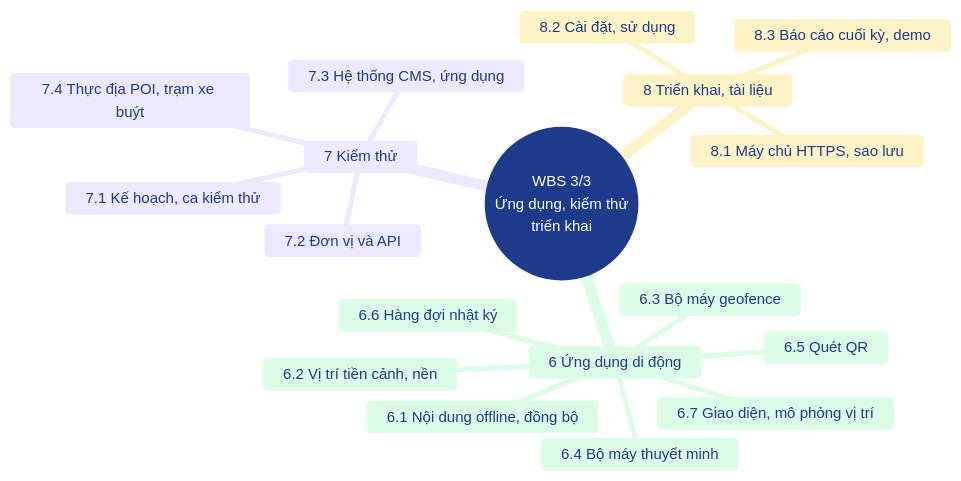
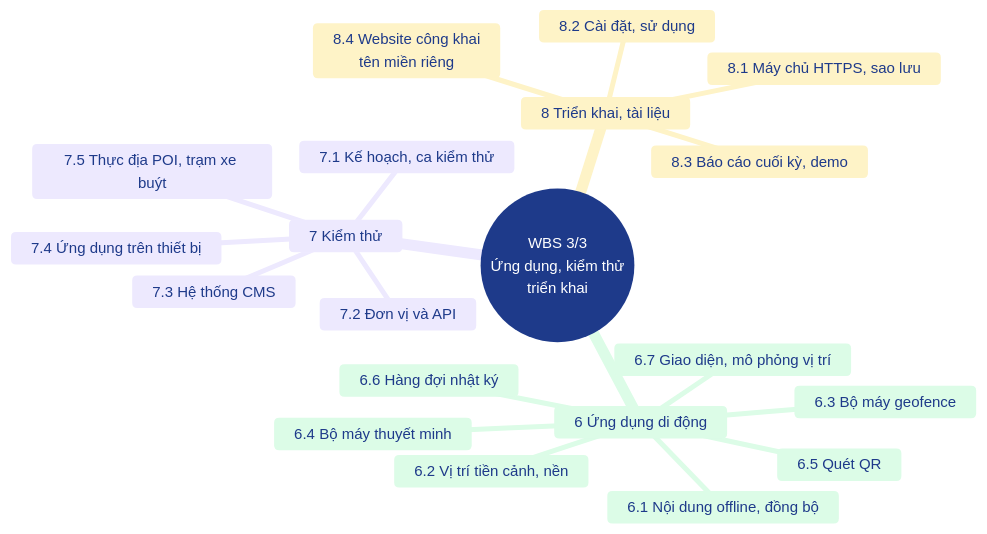
One commit to AiraLeFatale/CongNghePhanMem_Project changed the fifth of 9 diagrams in docs/06-project-management.md. Above: the diagram before and after it, drawn with Mermaid. The commit also changed other lines of this file and 3 other files, not shown here.

````diff
--- a/docs/06-project-management.md
+++ b/docs/06-project-management.md
@@ -108,22 +110,24 @@
 ```mermaid
 %%{init: {"theme":"base","fontFamily":"Helvetica Neue, Arial, sans-serif","themeVariables":{"fontFamily":"Helvetica Neue, Arial, sans-serif","fontSize":"15px","primaryColor":"#EFF6FF","primaryBorderColor":"#3B82F6","primaryTextColor":"#0F172A","lineColor":"#64748B","secondaryColor":"#F0FDF4","tertiaryColor":"#FFFFFF","clusterBkg":"#F8FAFC","clusterBorder":"#CBD5E1","edgeLabelBackground":"#FFFFFF","noteBkgColor":"#FEF9C3","noteBorderColor":"#EAB308","actorBkg":"#DBEAFE","actorBorder":"#2563EB","actorTextColor":"#1E3A8A","signalColor":"#475569","signalTextColor":"#0F172A","labelBoxBkgColor":"#F1F5F9","labelBoxBorderColor":"#94A3B8","activationBkgColor":"#E0F2FE","activationBorderColor":"#0284C7","sequenceNumberColor":"#FFFFFF","pie1":"#16A34A","pie2":"#F59E0B","pie3":"#94A3B8","pie4":"#DC2626","pie5":"#2563EB","pie6":"#7C3AED","pieStrokeColor":"#FFFFFF","pieSectionTextColor":"#FFFFFF","quadrant1Fill":"#FEE2E2","quadrant2Fill":"#FEF3C7","quadrant3Fill":"#DCFCE7","quadrant4Fill":"#FEF3C7","quadrantPointFill":"#1E3A8A","quadrantPointTextFill":"#0F172A","git0":"#1E3A8A","gitBranchLabel0":"#FFFFFF","cScale0":"#DBEAFE","cScale1":"#DCFCE7","cScale2":"#EDE9FE","cScale3":"#FEF3C7","cScale4":"#FFE4E6","cScale5":"#E0F2FE","cScale6":"#F1F5F9"},"flowchart":{"curve":"basis","padding":16,"nodeSpacing":40,"rankSpacing":50},"sequence":{"showSequenceNumbers":true,"mirrorActors":false}}}%%
 mindmap
   root((WBS 3/3<br/>Ứng dụng, kiểm thử<br/>triển khai))
     6 Ứng dụng di động
       6.1 Nội dung offline, đồng bộ
       6.2 Vị trí tiền cảnh, nền
       6.3 Bộ máy geofence
       6.4 Bộ máy thuyết minh
       6.5 Quét QR
       6.6 Hàng đợi nhật ký
       6.7 Giao diện, mô phỏng vị trí
     7 Kiểm thử
       7.1 Kế hoạch, ca kiểm thử
       7.2 Đơn vị và API
-      7.3 Hệ thống CMS, ứng dụng
-      7.4 Thực địa POI, trạm xe buýt
+      7.3 Hệ thống CMS
+      7.4 Ứng dụng trên thiết bị
+      7.5 Thực địa POI, trạm xe buýt
     8 Triển khai, tài liệu
       8.1 Máy chủ HTTPS, sao lưu
       8.2 Cài đặt, sử dụng
       8.3 Báo cáo cuối kỳ, demo
+      8.4 Website công khai<br/>tên miền riêng
 ```
````
